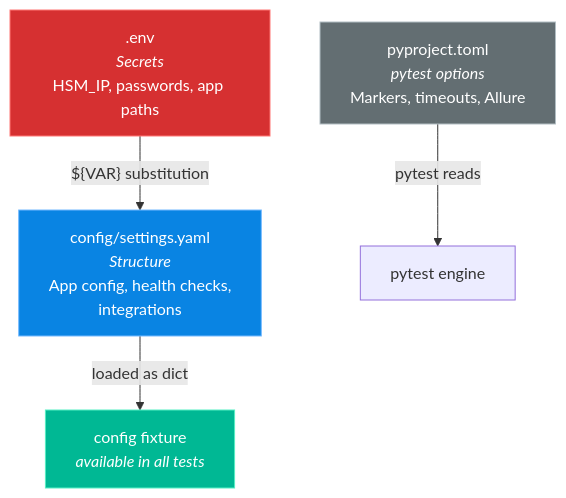
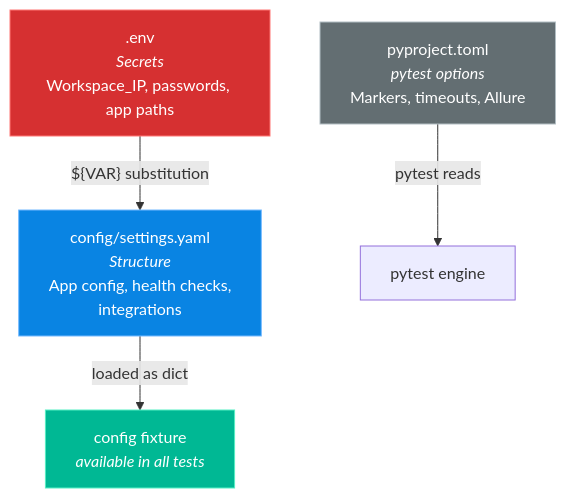
One commit to mikbalt/E2E_Test_Framework changed the eighth of 12 diagrams in docs/INTRODUCTION.md. Above: the diagram before and after it, drawn with Mermaid. The commit also changed other lines of this file and 216 other files, not shown here.

````diff
--- a/docs/INTRODUCTION.md
+++ b/docs/INTRODUCTION.md
@@ -457,15 +457,15 @@
 ```mermaid
 flowchart TB
-    ENV[".env<br/><i>Secrets</i><br/>HSM_IP, passwords, app paths"]
+    ENV[".env<br/><i>Secrets</i><br/>Workspace_IP, passwords, app paths"]
     YAML["config/settings.yaml<br/><i>Structure</i><br/>App config, health checks,<br/>integrations"]
     TOML["pyproject.toml<br/><i>pytest options</i><br/>Markers, timeouts, Allure"]
 
     ENV -->|"${VAR} substitution"| YAML
     YAML -->|"loaded as dict"| CFG["config fixture<br/><i>available in all tests</i>"]
     TOML -->|"pytest reads"| PYTEST["pytest engine"]
 
     style ENV fill:#d63031,stroke:#ff7675,color:#ffffff
     style YAML fill:#0984e3,stroke:#74b9ff,color:#ffffff
     style TOML fill:#636e72,stroke:#b2bec3,color:#ffffff
     style CFG fill:#00b894,stroke:#55efc4,color:#ffffff
 ```
````
